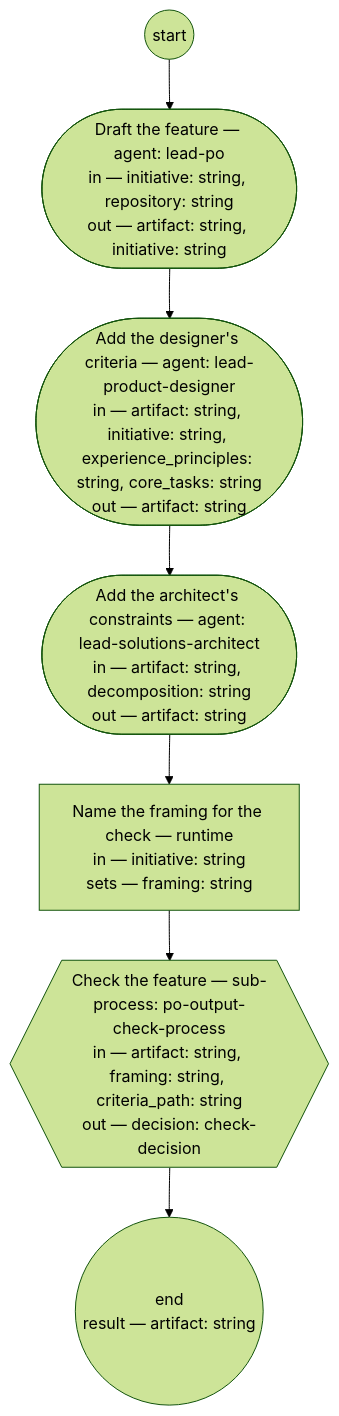
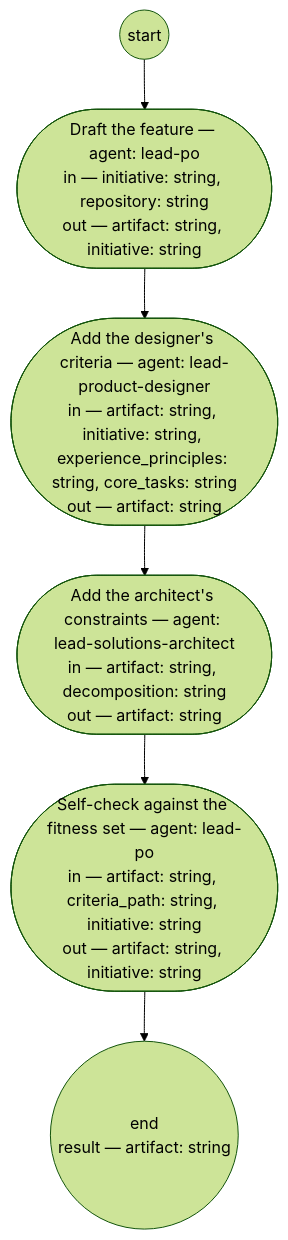
The diagram in .claude/skills/feature-authoring/SKILL.md (dstengle/shopsystem-product), drawn with Mermaid (forest theme) before and after one commit. The commit also changed other lines of this file and 21 other files, not shown here.

````diff
--- a/.claude/skills/feature-authoring/SKILL.md
+++ b/.claude/skills/feature-authoring/SKILL.md
@@ -31,15 +32,13 @@
 ```mermaid
 flowchart TD
   draft(["Draft the feature — agent: lead-po<br/>in — initiative: string, repository: string<br/>out — artifact: string, initiative: string"])
   add_usability(["Add the designer's criteria — agent: lead-product-designer<br/>in — artifact: string, initiative: string, experience_principles: string, core_tasks: string<br/>out — artifact: string"])
   add_constraints(["Add the architect's constraints — agent: lead-solutions-architect<br/>in — artifact: string, decomposition: string<br/>out — artifact: string"])
-  prepare["Name the framing for the check — runtime<br/>in — initiative: string<br/>sets — framing: string"]
-  check{{"Check the feature — sub-process: po-output-check-process<br/>in — artifact: string, framing: string, criteria_path: string<br/>out — decision: check-decision"}}
+  self_check(["Self-check against the fitness set — agent: lead-po<br/>in — artifact: string, criteria_path: string, initiative: string<br/>out — artifact: string, initiative: string"])
   __end(("end<br/>result — artifact: string"))
   __start(("start")) --> draft
   draft --> add_usability
   add_usability --> add_constraints
-  add_constraints --> prepare
-  prepare --> check
-  check --> __end
+  add_constraints --> self_check
+  self_check --> __end
 ```
````
